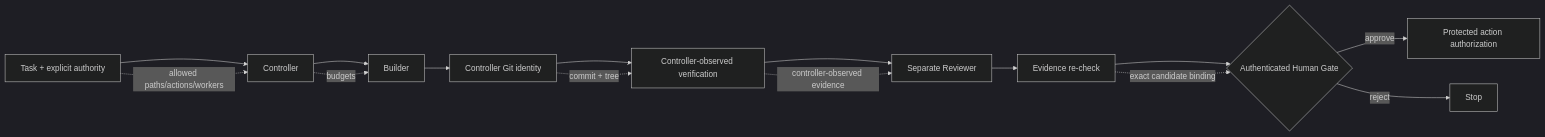
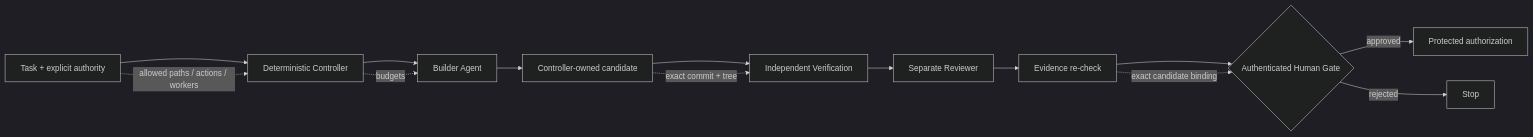
One commit to steerion-labs/bounded-agent-runtime changed the diagram in README.md. Above: the diagram before and after it, drawn with Mermaid (dark theme). The commit also changed other lines of this file, not shown here.

````diff
--- a/README.md
+++ b/README.md
@@ -29,18 +63,17 @@
 ```mermaid
 flowchart LR
-    T[Task + explicit authority] --> C[Controller]
-    C --> B[Builder]
-    B --> G[Controller Git identity]
-    G --> V[Controller-observed verification]
+    T[Task + explicit authority] --> C[Deterministic Controller]
+    C --> B[Builder Agent]
+    B --> G[Controller-owned candidate]
+    G --> V[Independent Verification]
     V --> R[Separate Reviewer]
     R --> E[Evidence re-check]
     E --> H{Authenticated Human Gate}
-    H -->|approve| A[Protected action authorization]
-    H -->|reject| X[Stop]
+    H -->|approved| A[Protected authorization]
+    H -->|rejected| X[Stop]
 
+    T -. allowed paths / actions / workers .-> C
     C -. budgets .-> B
-    T -. allowed paths/actions/workers .-> C
-    G -. commit + tree .-> V
-    V -. controller-observed evidence .-> R
+    G -. exact commit + tree .-> V
     E -. exact candidate binding .-> H
 ```
````
